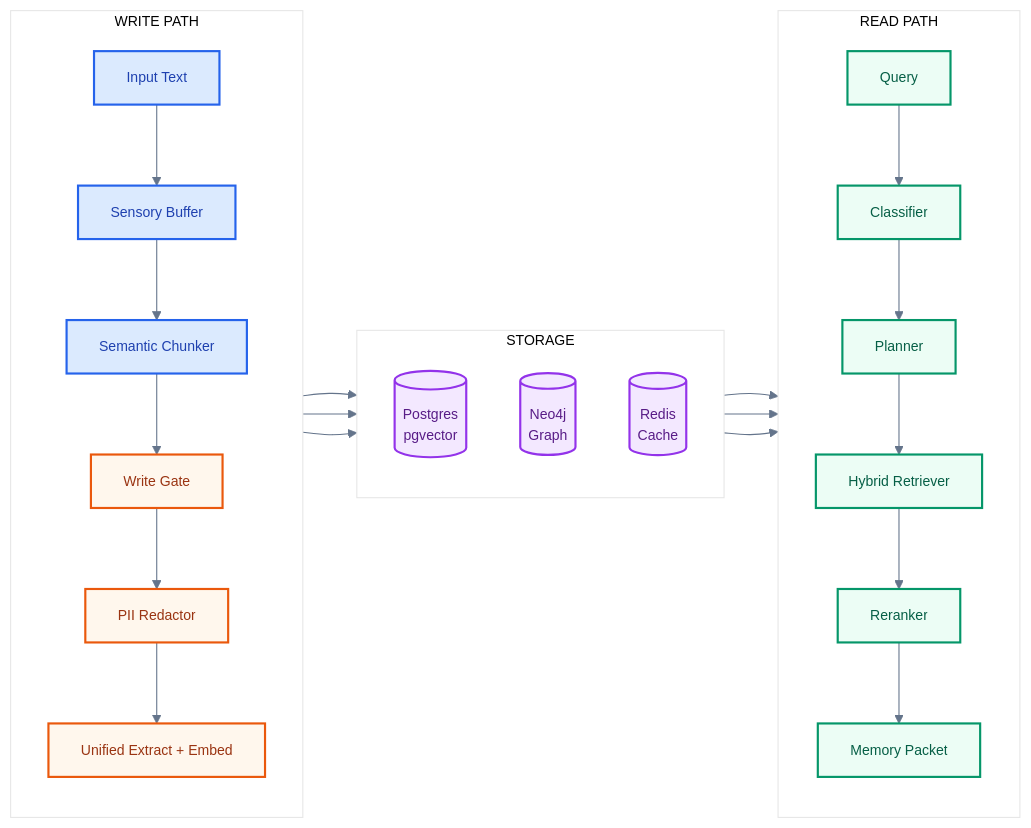
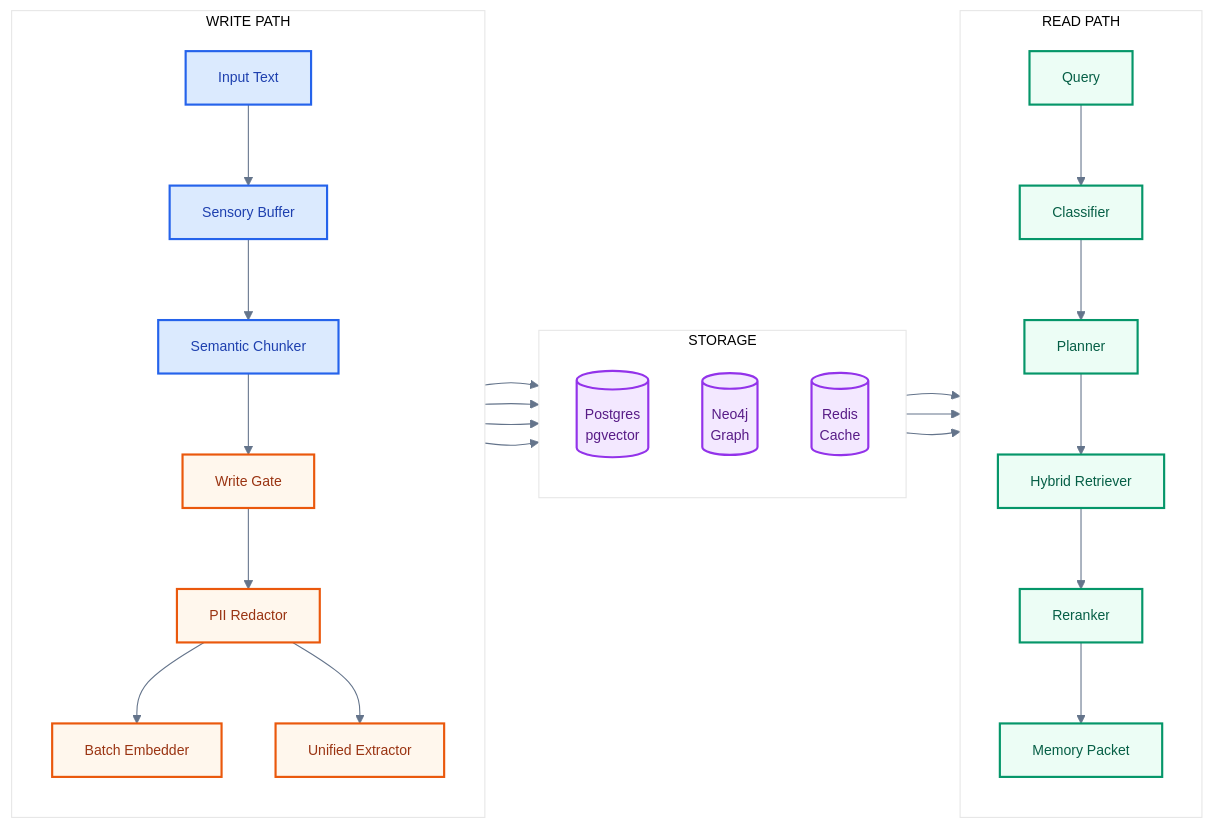
One commit to avinash-mall/CognitiveMemoryLayer changed the second of 11 diagrams in README.md. Above: the diagram before and after it, drawn with Mermaid. The commit also changed other lines of this file and 50 other files, not shown here.

````diff
--- a/README.md
+++ b/README.md
@@ -163,56 +163,60 @@
 ```mermaid
 %%{
   init: {
     'theme': 'base',
     'flowchart': { 'useMaxWidth': true },
     'themeVariables': {
       'primaryColor': '#F8FAFC',
       'primaryTextColor': '#0F172A',
       'primaryBorderColor': '#475569',
       'lineColor': '#64748B',
       'fontSize': '13px'
     }
   }
 }%%
 flowchart LR
     classDef write fill:#dbeafe,stroke:#2563eb,stroke-width:2px,color:#1e40af
     classDef process fill:#fff7ed,stroke:#ea580c,stroke-width:2px,color:#9a3412
     classDef store fill:#f3e8ff,stroke:#9333ea,stroke-width:2px,color:#581c87
     classDef read fill:#ecfdf5,stroke:#059669,stroke-width:2px,color:#065f46
 
     subgraph Write ["WRITE PATH"]
         direction TB
         W1["Input Text"]:::write
         W2["Sensory Buffer"]:::write
         W3["Semantic Chunker"]:::write
         W4["Write Gate"]:::process
         W5["PII Redactor"]:::process
-        W6["Unified Extract + Embed"]:::process
-        W1 --> W2 --> W3 --> W4 --> W5 --> W6
+        W6["Batch Embedder"]:::process
+        W7["Unified Extractor"]:::process
+        W1 --> W2 --> W3 --> W4 --> W5
+        W5 --> W6
+        W5 --> W7
     end
 
     subgraph Store ["STORAGE"]
         direction TB
         S1[("Postgres\npgvector")]:::store
         S2[("Neo4j\nGraph")]:::store
         S3[("Redis\nCache")]:::store
     end
 
     subgraph Read ["READ PATH"]
         direction TB
         R1["Query"]:::read
         R2["Classifier"]:::read
         R3["Planner"]:::read
         R4["Hybrid Retriever"]:::read
         R5["Reranker"]:::read
         R6["Memory Packet"]:::read
         R1 --> R2 --> R3 --> R4 --> R5 --> R6
     end
 
     W6 --> S1
-    W6 --> S2
-    W6 --> S3
+    W7 --> S1
+    W7 --> S2
+    W7 --> S3
     S1 --> R4
     S2 --> R4
     S3 --> R4
 ```
````
